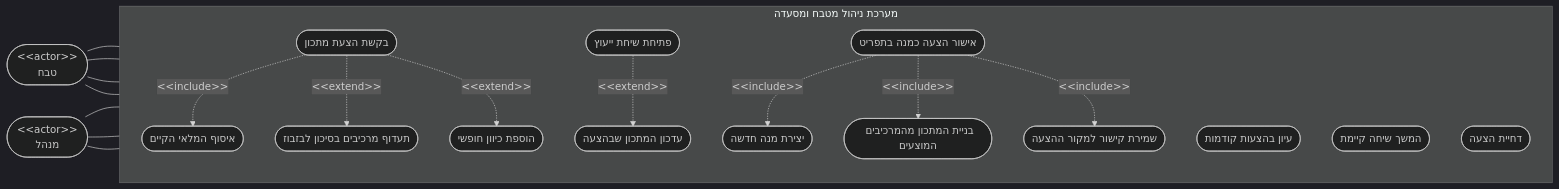
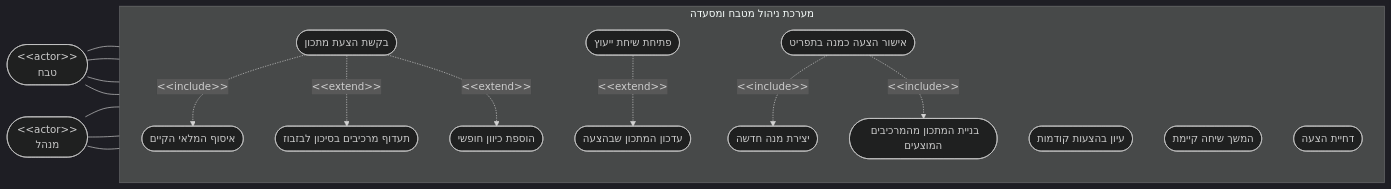
Before and after one commit to RonZaretsky/Restaurant-Kitchen-Management-System: the diagram in מסמכים/הגשה/diagrams/usecase-smart-chef.md, drawn with Mermaid (dark theme). The commit also changed 6 other files, not shown here.

First line of the commit message:
Add a question note to every choice diamond in the Activity diagrams

````diff
--- a/מסמכים/הגשה/diagrams/usecase-smart-chef.md
+++ b/מסמכים/הגשה/diagrams/usecase-smart-chef.md
@@ -3,31 +3,30 @@
 ```mermaid
 flowchart LR
     cook(["&lt;&lt;actor&gt;&gt;<br/>טבח"])
     admin(["&lt;&lt;actor&gt;&gt;<br/>מנהל"])
 
     subgraph SYS["מערכת ניהול מטבח ומסעדה"]
         direction TB
         UC1(["בקשת הצעת מתכון"])
         UC2(["עיון בהצעות קודמות"])
         UC3(["פתיחת שיחת ייעוץ"])
         UC4(["המשך שיחה קיימת"])
         UC5(["אישור הצעה כמנה בתפריט"])
         UC6(["דחיית הצעה"])
 
         UC1 -.->|"&lt;&lt;include&gt;&gt;"| UC7(["איסוף המלאי הקיים"])
         UC1 -.->|"&lt;&lt;extend&gt;&gt;"| UC8(["תעדוף מרכיבים בסיכון לבזבוז"])
         UC1 -.->|"&lt;&lt;extend&gt;&gt;"| UC9(["הוספת כיוון חופשי"])
         UC3 -.->|"&lt;&lt;extend&gt;&gt;"| UC10(["עדכון המתכון שבהצעה"])
         UC5 -.->|"&lt;&lt;include&gt;&gt;"| UC11(["יצירת מנה חדשה"])
         UC5 -.->|"&lt;&lt;include&gt;&gt;"| UC12(["בניית המתכון מהמרכיבים המוצעים"])
-        UC5 -.->|"&lt;&lt;include&gt;&gt;"| UC13(["שמירת קישור למקור ההצעה"])
     end
 
     cook --- UC1
     cook --- UC2
     cook --- UC3
     cook --- UC4
     admin --- UC2
     admin --- UC5
     admin --- UC6
 ```
````
